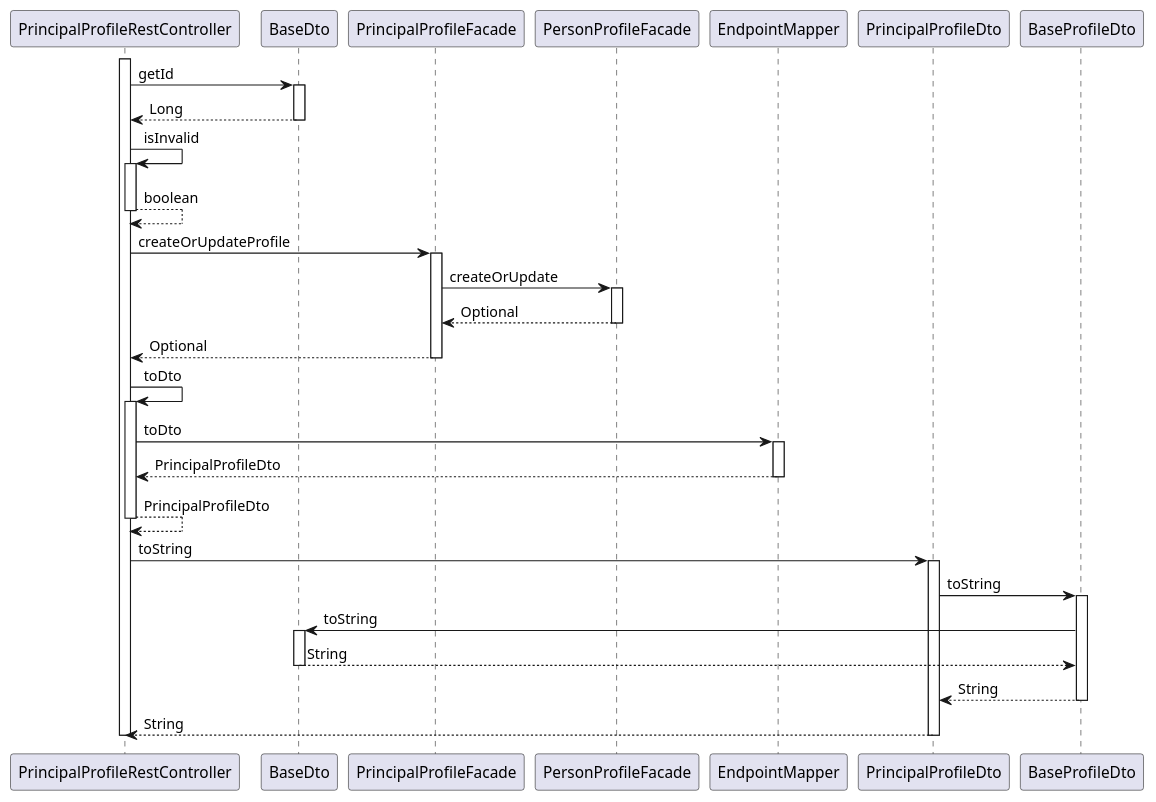
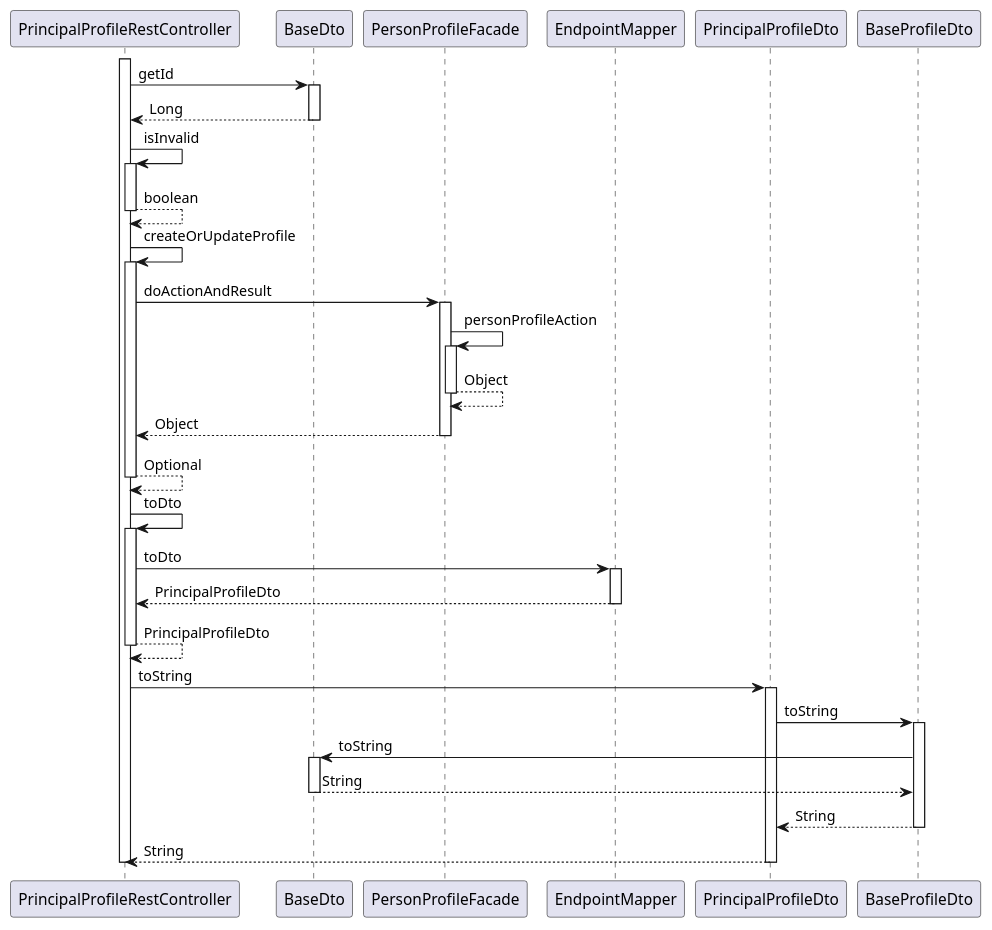
One commit to OlegSopilnyak/school-demo changed the diagram in ingress/documentation/puml/sequence-diagrams/Profile.PrincipalProfile.update.puml. Above: the diagram before and after it, drawn with PlantUML. The commit also changed 102 other files, not shown here.

```diff
--- a/ingress/documentation/puml/sequence-diagrams/Profile.PrincipalProfile.update.puml
+++ b/ingress/documentation/puml/sequence-diagrams/Profile.PrincipalProfile.update.puml
@@ -3,50 +3,53 @@
 @startuml
 
 participant PrincipalProfileRestController
 participant BaseDto
-participant PrincipalProfileFacade
 participant PersonProfileFacade
 participant EndpointMapper
 participant PrincipalProfileDto
 participant BaseProfileDto
 
 activate PrincipalProfileRestController
 	PrincipalProfileRestController -> BaseDto : getId
 	activate BaseDto
 		BaseDto --> PrincipalProfileRestController : Long
 	deactivate BaseDto
 	PrincipalProfileRestController -> PrincipalProfileRestController : isInvalid
 	activate PrincipalProfileRestController
 		PrincipalProfileRestController --> PrincipalProfileRestController : boolean
 	deactivate PrincipalProfileRestController
-	PrincipalProfileRestController -> PrincipalProfileFacade : createOrUpdateProfile
-	activate PrincipalProfileFacade
-		PrincipalProfileFacade -> PersonProfileFacade : createOrUpdate
+	PrincipalProfileRestController -> PrincipalProfileRestController : createOrUpdateProfile
+	activate PrincipalProfileRestController
+		PrincipalProfileRestController -> PersonProfileFacade : doActionAndResult
 		activate PersonProfileFacade
-			PersonProfileFacade --> PrincipalProfileFacade : Optional
+			PersonProfileFacade -> PersonProfileFacade : personProfileAction
+			activate PersonProfileFacade
+				PersonProfileFacade --> PersonProfileFacade : Object
+			deactivate PersonProfileFacade
+			PersonProfileFacade --> PrincipalProfileRestController : Object
 		deactivate PersonProfileFacade
-		PrincipalProfileFacade --> PrincipalProfileRestController : Optional
-	deactivate PrincipalProfileFacade
+		PrincipalProfileRestController --> PrincipalProfileRestController : Optional
+	deactivate PrincipalProfileRestController
 	PrincipalProfileRestController -> PrincipalProfileRestController : toDto
 	activate PrincipalProfileRestController
 		PrincipalProfileRestController -> EndpointMapper : toDto
 		activate EndpointMapper
 			EndpointMapper --> PrincipalProfileRestController : PrincipalProfileDto
 		deactivate EndpointMapper
 		PrincipalProfileRestController --> PrincipalProfileRestController : PrincipalProfileDto
 	deactivate PrincipalProfileRestController
 	PrincipalProfileRestController -> PrincipalProfileDto : toString
 	activate PrincipalProfileDto
 		PrincipalProfileDto -> BaseProfileDto : toString
 		activate BaseProfileDto
 			BaseProfileDto -> BaseDto : toString
 			activate BaseDto
 				BaseDto --> BaseProfileDto : String
 			deactivate BaseDto
 			BaseProfileDto --> PrincipalProfileDto : String
 		deactivate BaseProfileDto
 		PrincipalProfileDto --> PrincipalProfileRestController : String
 	deactivate PrincipalProfileDto
 deactivate PrincipalProfileRestController
 
 @enduml
```
